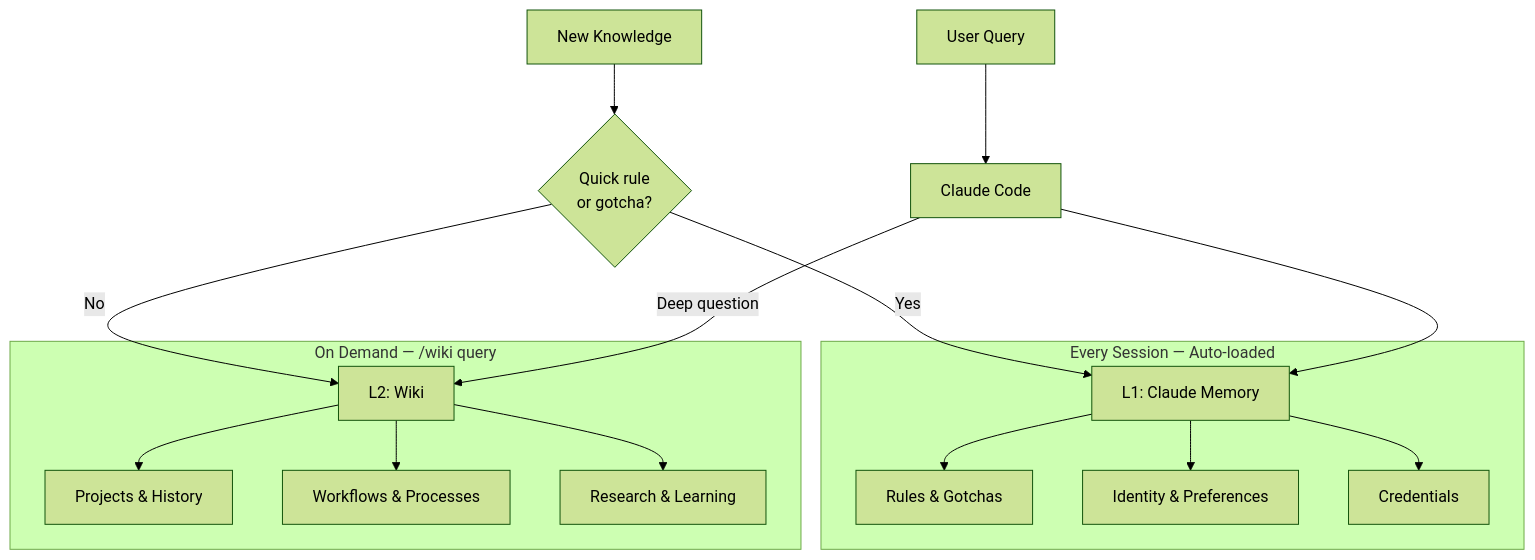
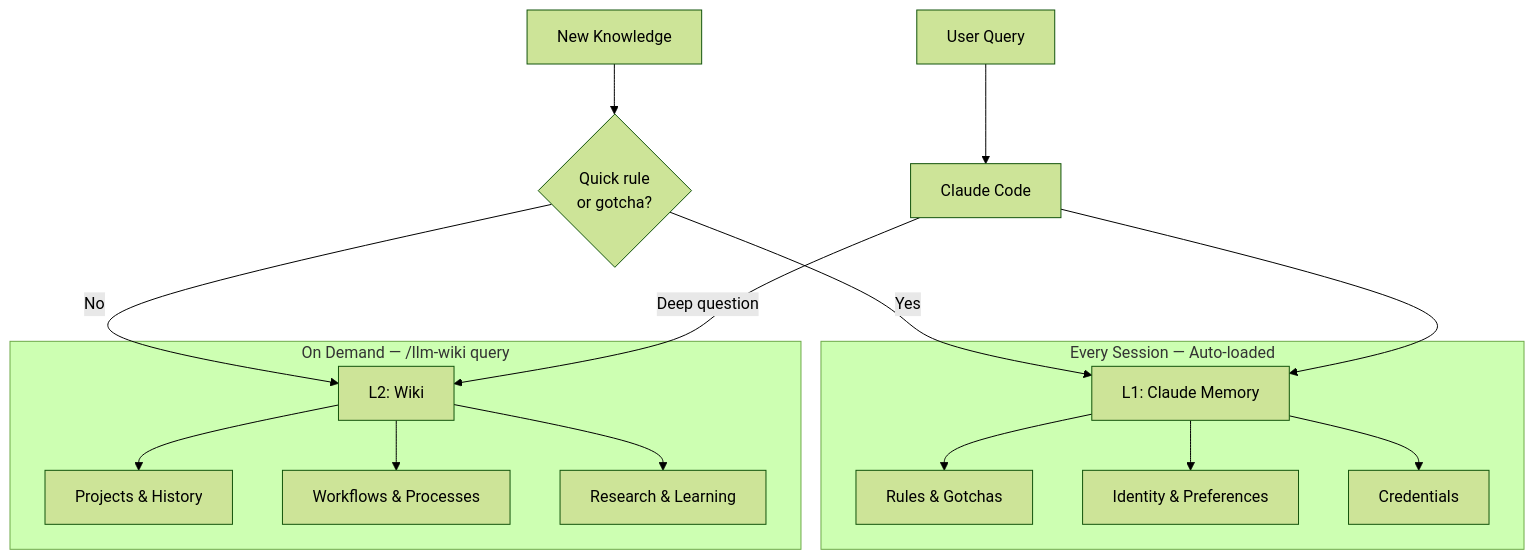
Before and after one commit to MehmetGoekce/llm-wiki: the second of 3 diagrams in README.md, drawn with Mermaid (forest theme). The commit also changed other lines of this file and 29 other files, not shown here.

First line of the commit message:
docs: write /llm-wiki <command> in README, docs, specs and templates; changelog for v1.7.0

````diff
--- a/README.md
+++ b/README.md
@@ -123,30 +129,30 @@
 ```mermaid
 graph TB
     subgraph "Every Session — Auto-loaded"
         L1[L1: Claude Memory]
         L1R[Rules & Gotchas]
         L1I[Identity & Preferences]
         L1C[Credentials]
         L1 --> L1R
         L1 --> L1I
         L1 --> L1C
     end
 
-    subgraph "On Demand — /wiki query"
+    subgraph "On Demand — /llm-wiki query"
         L2[L2: Wiki]
         L2P[Projects & History]
         L2W[Workflows & Processes]
         L2K[Research & Learning]
         L2 --> L2P
         L2 --> L2W
         L2 --> L2K
     end
 
     NEW[New Knowledge] --> ROUTE{Quick rule<br/>or gotcha?}
     ROUTE -->|Yes| L1
     ROUTE -->|No| L2
 
     USER[User Query] --> CLAUDE[Claude Code]
     CLAUDE --> L1
     CLAUDE -->|Deep question| L2
 ```
````
